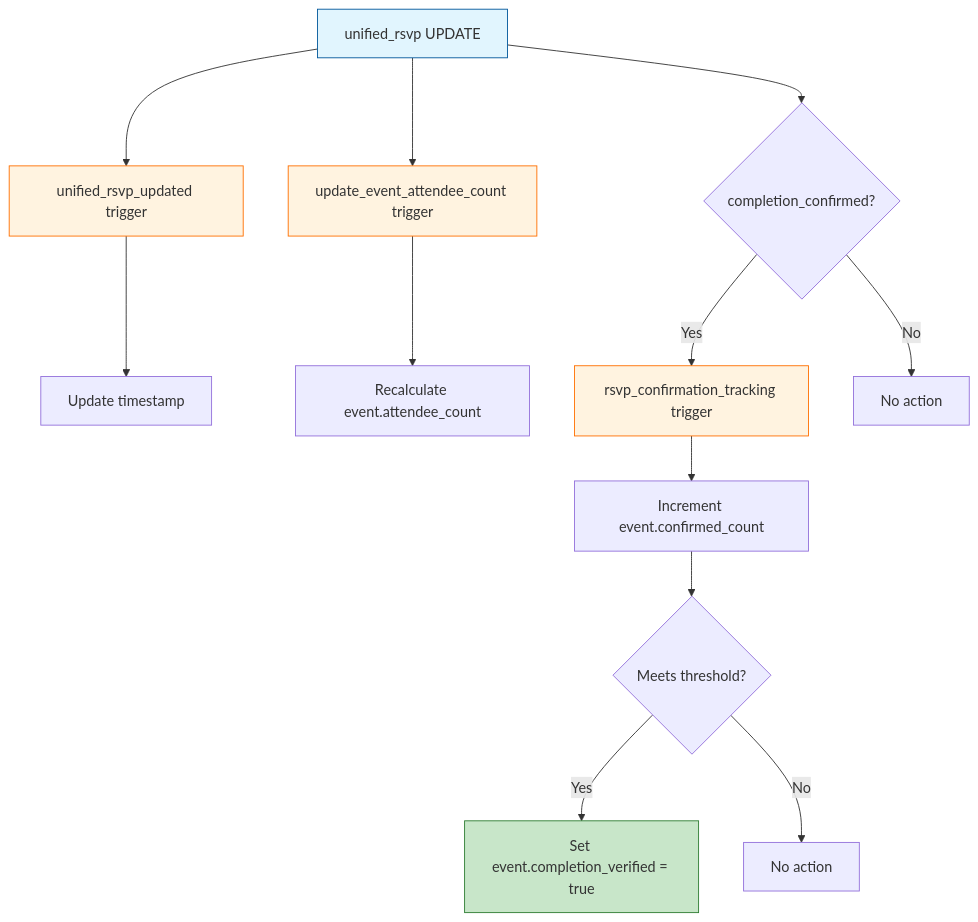
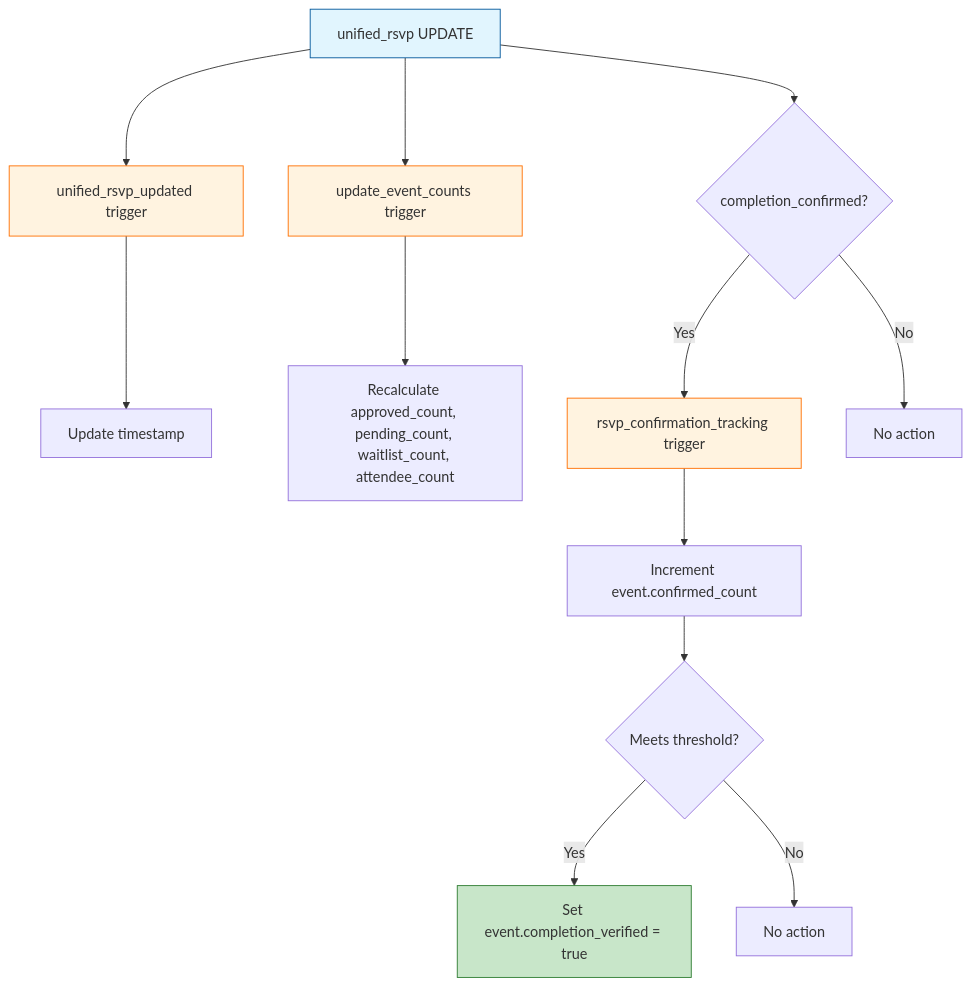
The diagram in api/docs/PERFORMANCE.md (forgo/saga), drawn with Mermaid before and after one commit. The commit also changed other lines of this file and 180 other files, not shown here.

````diff
--- a/api/docs/PERFORMANCE.md
+++ b/api/docs/PERFORMANCE.md
@@ -122,22 +122,22 @@
 ```mermaid
 flowchart TD
     A[unified_rsvp UPDATE] --> B[unified_rsvp_updated trigger]
     B --> C[Update timestamp]
 
-    A --> D[update_event_attendee_count trigger]
-    D --> E[Recalculate event.attendee_count]
+    A --> D[update_event_counts trigger]
+    D --> E[Recalculate approved_count, pending_count, waitlist_count, attendee_count]
 
     A --> F{completion_confirmed?}
     F -->|Yes| G[rsvp_confirmation_tracking trigger]
     F -->|No| H[No action]
     G --> I[Increment event.confirmed_count]
     I --> J{Meets threshold?}
     J -->|Yes| K[Set event.completion_verified = true]
     J -->|No| L[No action]
 
     style A fill:#e1f5fe,stroke:#01579b
     style B fill:#fff3e0,stroke:#ff6f00
     style D fill:#fff3e0,stroke:#ff6f00
     style G fill:#fff3e0,stroke:#ff6f00
     style K fill:#c8e6c9,stroke:#2e7d32
 ```
````
